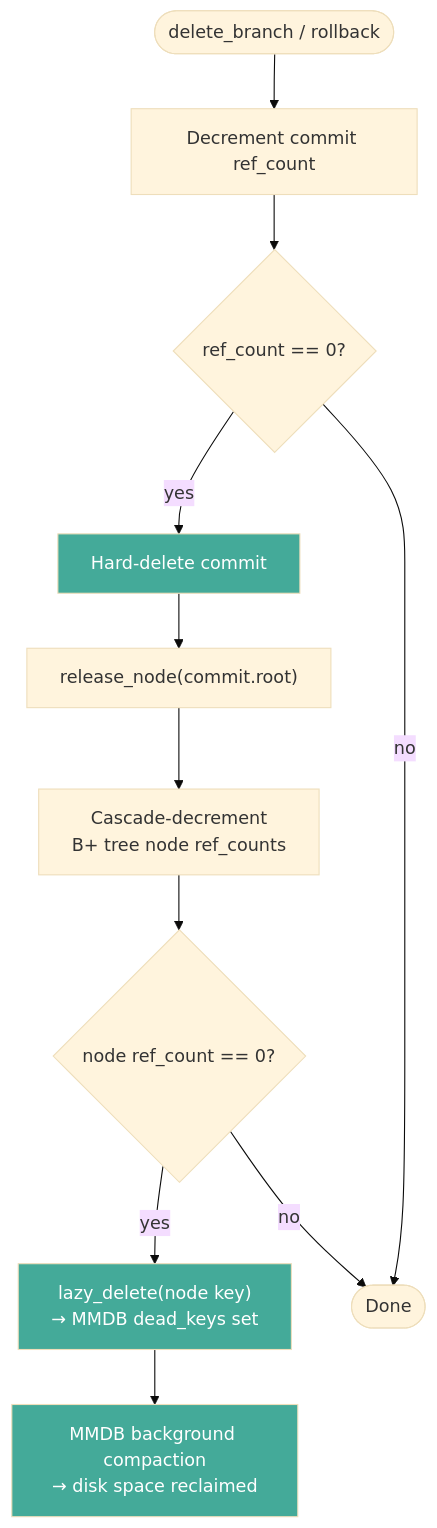
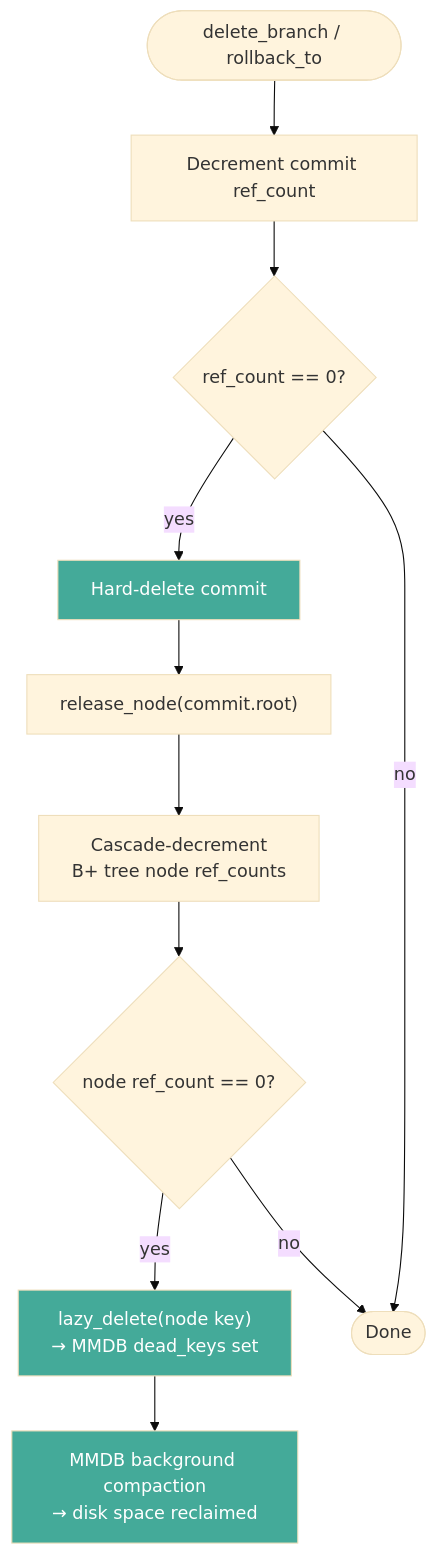
Diagram 14 of 18 in strata/docs/versioned.md (rust-util-collections/vsdb), drawn with Mermaid (base theme) before and after one commit. The commit also changed other lines of this file and 36 other files, not shown here.

````diff
--- a/strata/docs/versioned.md
+++ b/strata/docs/versioned.md
@@ -457,17 +461,17 @@
 ```mermaid
 flowchart TD
-    Start(["delete_branch / rollback"]) --> RC["Decrement commit ref_count"]
+    Start(["delete_branch / rollback_to"]) --> RC["Decrement commit ref_count"]
     RC --> Dead{"ref_count == 0?"}
     Dead -->|yes| Del["Hard-delete commit"]
     Del --> Rel["release_node(commit.root)"]
     Rel --> NodeRC["Cascade-decrement<br/>B+ tree node ref_counts"]
     NodeRC --> NodeDead{"node ref_count == 0?"}
     NodeDead -->|yes| Lazy["lazy_delete(node key)<br/>→ MMDB dead_keys set"]
     Lazy --> Compact["MMDB background compaction<br/>→ disk space reclaimed"]
     Dead -->|no| Done(["Done"])
     NodeDead -->|no| Done
 
     style Del fill:#4a9,color:#fff
     style Lazy fill:#4a9,color:#fff
     style Compact fill:#4a9,color:#fff
 ```
````
